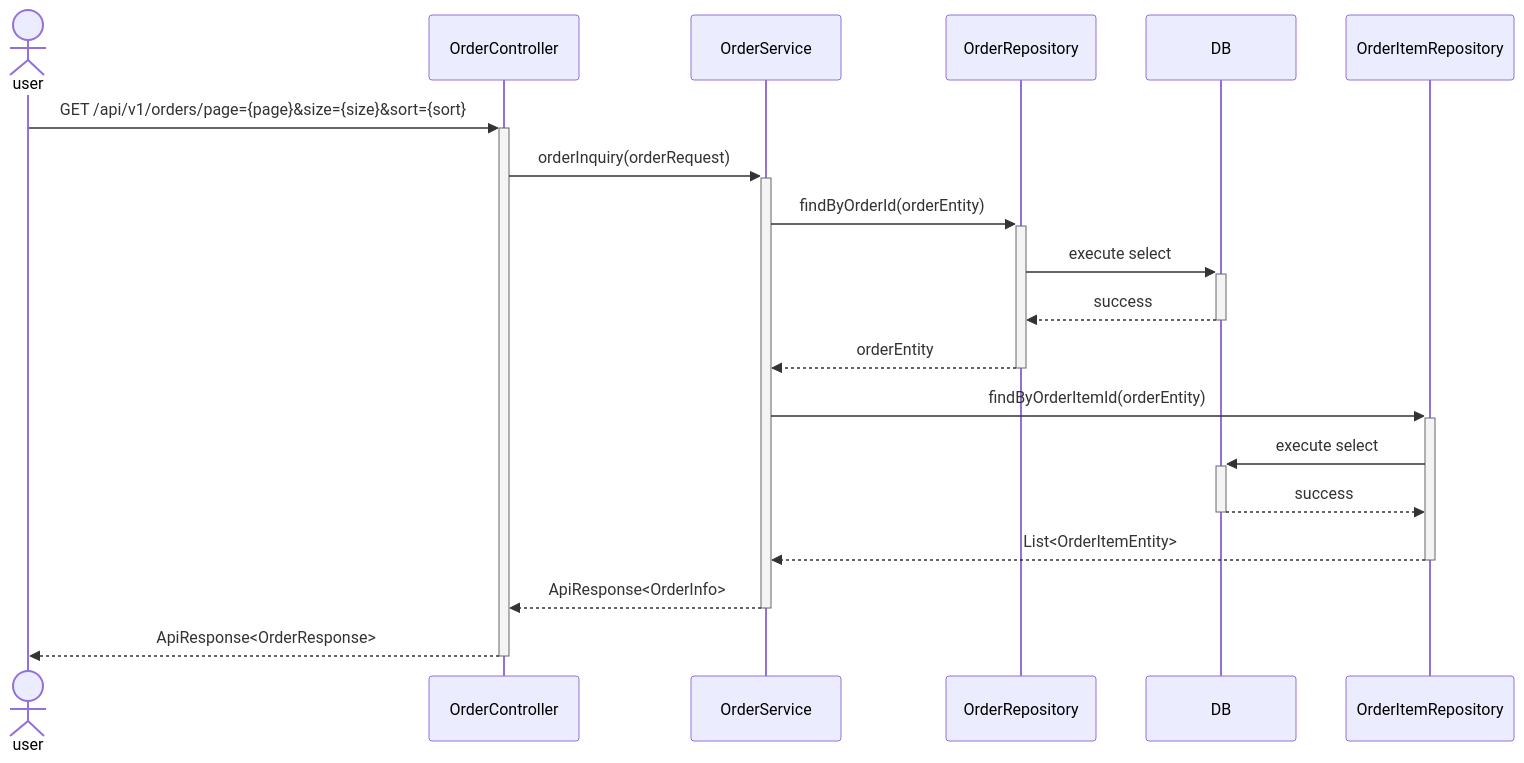
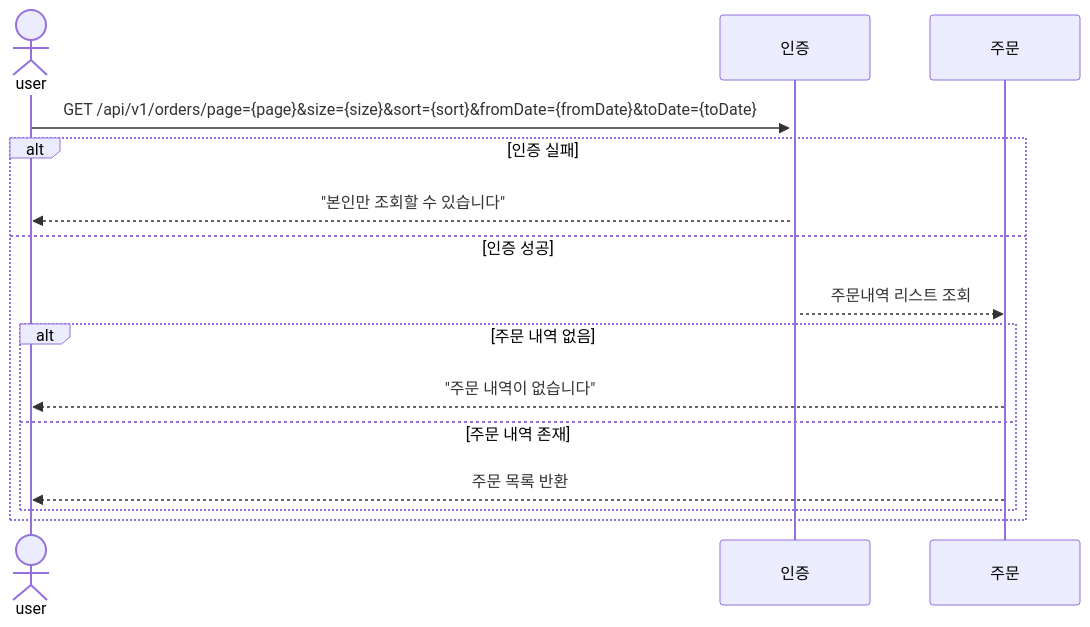
Before and after one commit to lutae2000/java-spring-ecommerce-api: the seventh of 10 diagrams in docs/design/02-sequence-diagrams.md, drawn with Mermaid. The commit also changed other lines of this file and 5 other files, not shown here.

````diff
--- a/docs/design/02-sequence-diagrams.md
+++ b/docs/design/02-sequence-diagrams.md
@@ -184,19 +244,17 @@
 ```mermaid
 sequenceDiagram
-  actor user
-  user->>+OrderController : GET /api/v1/orders/page={page}&size={size}&sort={sort}
-  OrderController->>+OrderService : orderInquiry(orderRequest)
-
-  OrderService->>+OrderRepository : findByOrderId(orderEntity)
-  OrderRepository->>+DB : execute select
-  DB-->>-OrderRepository : success
-  OrderRepository-->>-OrderService : orderEntity
-
-  OrderService->>+OrderItemRepository : findByOrderItemId(orderEntity)
-  OrderItemRepository->>+DB : execute select
-  DB-->>-OrderItemRepository : success
-  OrderItemRepository-->>-OrderService : List<OrderItemEntity>
-
-  OrderService-->>-OrderController : ApiResponse<OrderInfo>
-  OrderController-->>-user : ApiResponse<OrderResponse>
+    actor user
+    participant AuthService as 인증
+    participant OrderService as 주문
+    user->>+AuthService : GET /api/v1/orders/page={page}&size={size}&sort={sort}&fromDate={fromDate}&toDate={toDate}
+    alt 인증 실패
+        AuthService-->>user: "본인만 조회할 수 있습니다"
+    else 인증 성공
+        AuthService-->>OrderService: 주문내역 리스트 조회
+        alt 주문 내역 없음
+            OrderService-->>user: "주문 내역이 없습니다"
+        else 주문 내역 존재
+            OrderService-->>user: 주문 목록 반환
+        end
+    end
 ```
````
